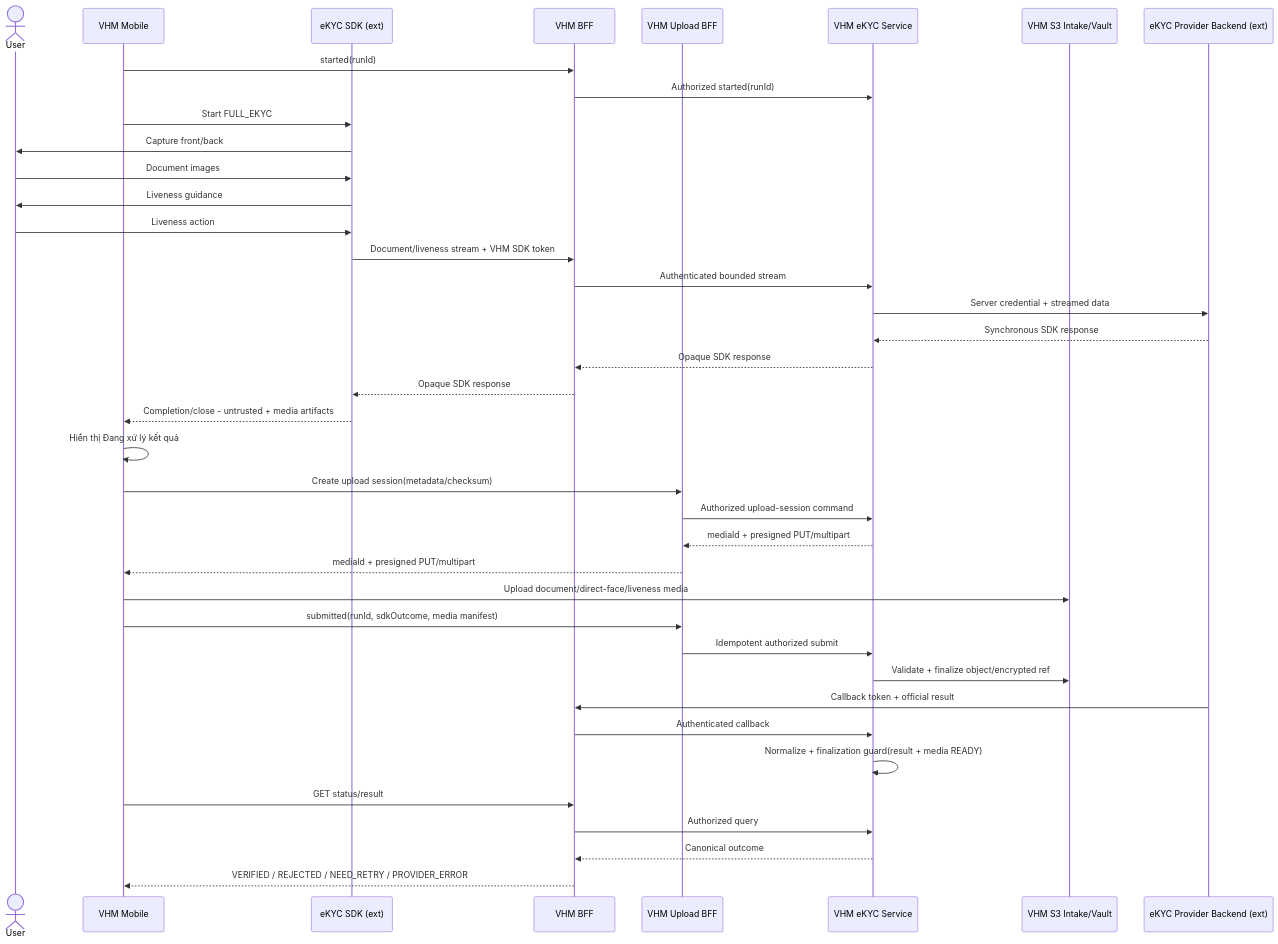
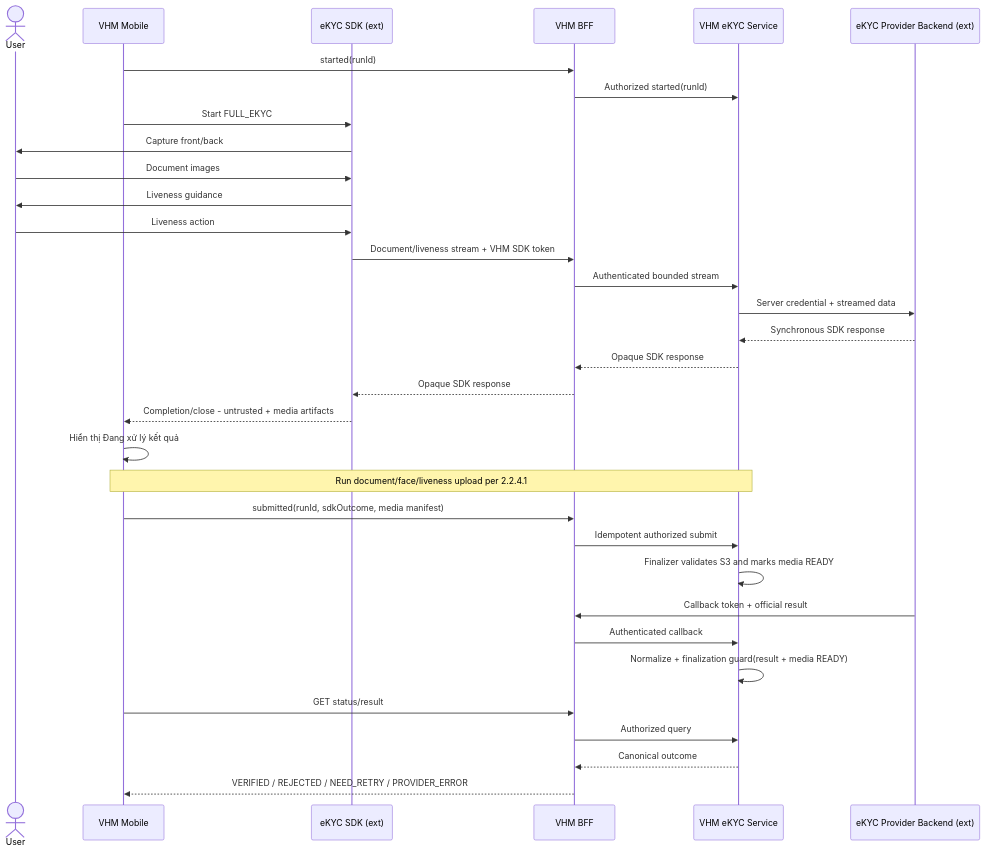
One commit to huynv-xyz/vhm changed diagram 13 of 19 in tdd2.md. Above: the diagram before and after it, drawn with Mermaid. The commit also changed other lines of this file, not shown here.

````diff
--- a/tdd2.md
+++ b/tdd2.md
@@ -1323,41 +1246,35 @@
 ```mermaid
 sequenceDiagram
     actor User
     participant APP as VHM Mobile
     participant SDK as eKYC SDK (ext)
     participant BFF as VHM BFF
-    participant UPLOAD_BFF as VHM Upload BFF
     participant EKYC_SERVICE as VHM eKYC Service
-    participant S3 as VHM S3 Intake/Vault
     participant BACKEND as eKYC Provider Backend (ext)
     APP->>BFF: started(runId)
     BFF->>EKYC_SERVICE: Authorized started(runId)
     APP->>SDK: Start FULL_EKYC
     SDK->>User: Capture front/back
     User->>SDK: Document images
     SDK->>User: Liveness guidance
     User->>SDK: Liveness action
     SDK->>BFF: Document/liveness stream + VHM SDK token
     BFF->>EKYC_SERVICE: Authenticated bounded stream
     EKYC_SERVICE->>BACKEND: Server credential + streamed data
     BACKEND-->>EKYC_SERVICE: Synchronous SDK response
     EKYC_SERVICE-->>BFF: Opaque SDK response
     BFF-->>SDK: Opaque SDK response
     SDK-->>APP: Completion/close - untrusted + media artifacts
     APP->>APP: Hiển thị Đang xử lý kết quả
-    APP->>UPLOAD_BFF: Create upload session(metadata/checksum)
-    UPLOAD_BFF->>EKYC_SERVICE: Authorized upload-session command
-    EKYC_SERVICE-->>UPLOAD_BFF: mediaId + presigned PUT/multipart
-    UPLOAD_BFF-->>APP: mediaId + presigned PUT/multipart
-    APP->>S3: Upload document/direct-face/liveness media
-    APP->>UPLOAD_BFF: submitted(runId, sdkOutcome, media manifest)
-    UPLOAD_BFF->>EKYC_SERVICE: Idempotent authorized submit
-    EKYC_SERVICE->>S3: Validate + finalize object/encrypted ref
+    Note over APP,EKYC_SERVICE: Run document/face/liveness upload per 2.2.4.1
+    APP->>BFF: submitted(runId, sdkOutcome, media manifest)
+    BFF->>EKYC_SERVICE: Idempotent authorized submit
+    EKYC_SERVICE->>EKYC_SERVICE: Finalizer validates S3 and marks media READY
     BACKEND->>BFF: Callback token + official result
     BFF->>EKYC_SERVICE: Authenticated callback
     EKYC_SERVICE->>EKYC_SERVICE: Normalize + finalization guard(result + media READY)
     APP->>BFF: GET status/result
     BFF->>EKYC_SERVICE: Authorized query
     EKYC_SERVICE-->>BFF: Canonical outcome
     BFF-->>APP: VERIFIED / REJECTED / NEED_RETRY / PROVIDER_ERROR
 ```
````
